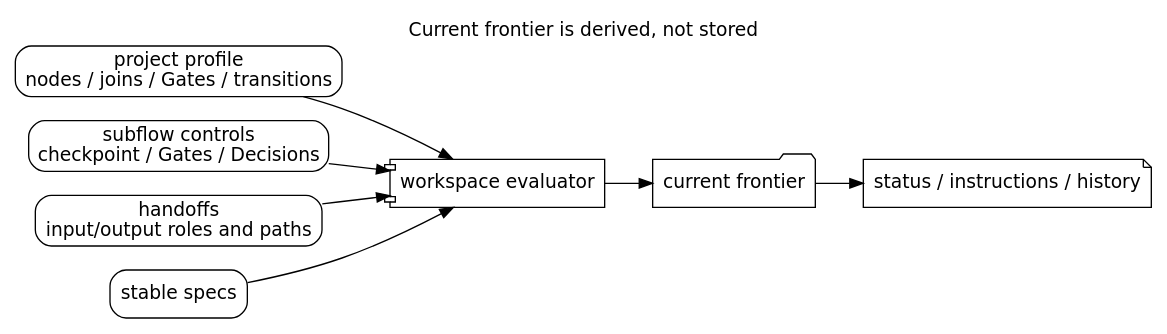
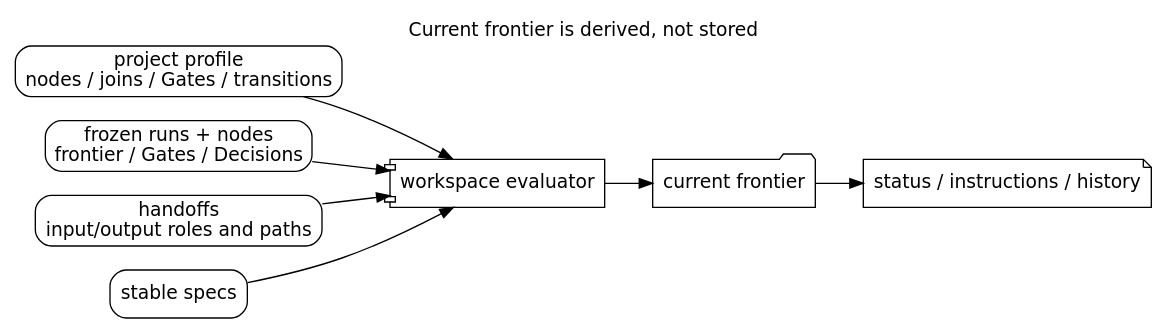
The diagram in docs/researchspec_arsu_runtime/diagrams/src/frontier-evaluation.dot (leike0813/ResearchSpec), drawn with Graphviz before and after one commit. The commit also changed 333 other files, not shown here.

Commit message:
refactor: close capability graph refactor gaps (stage 2)

```diff
--- a/docs/researchspec_arsu_runtime/diagrams/src/frontier-evaluation.dot
+++ b/docs/researchspec_arsu_runtime/diagrams/src/frontier-evaluation.dot
@@ -1,17 +1,17 @@
 digraph frontier_evaluation {
   graph [label="Current frontier is derived, not stored", labelloc=t, rankdir=LR, fontname="DejaVu Sans"];
   node [shape=box, style="rounded", fontname="DejaVu Sans"];
   profile [label="project profile\nnodes / joins / Gates / transitions"];
-  controls [label="subflow controls\ncheckpoint / Gates / Decisions"];
+  controls [label="frozen runs + nodes\nfrontier / Gates / Decisions"];
   handoffs [label="handoffs\ninput/output roles and paths"];
   specs [label="stable specs"];
   evaluator [shape=component, label="workspace evaluator"];
   frontier [shape=folder, label="current frontier"];
   views [shape=note, label="status / instructions / history"];
   profile -> evaluator;
   controls -> evaluator;
   handoffs -> evaluator;
   specs -> evaluator;
   evaluator -> frontier;
   frontier -> views;
 }
```
